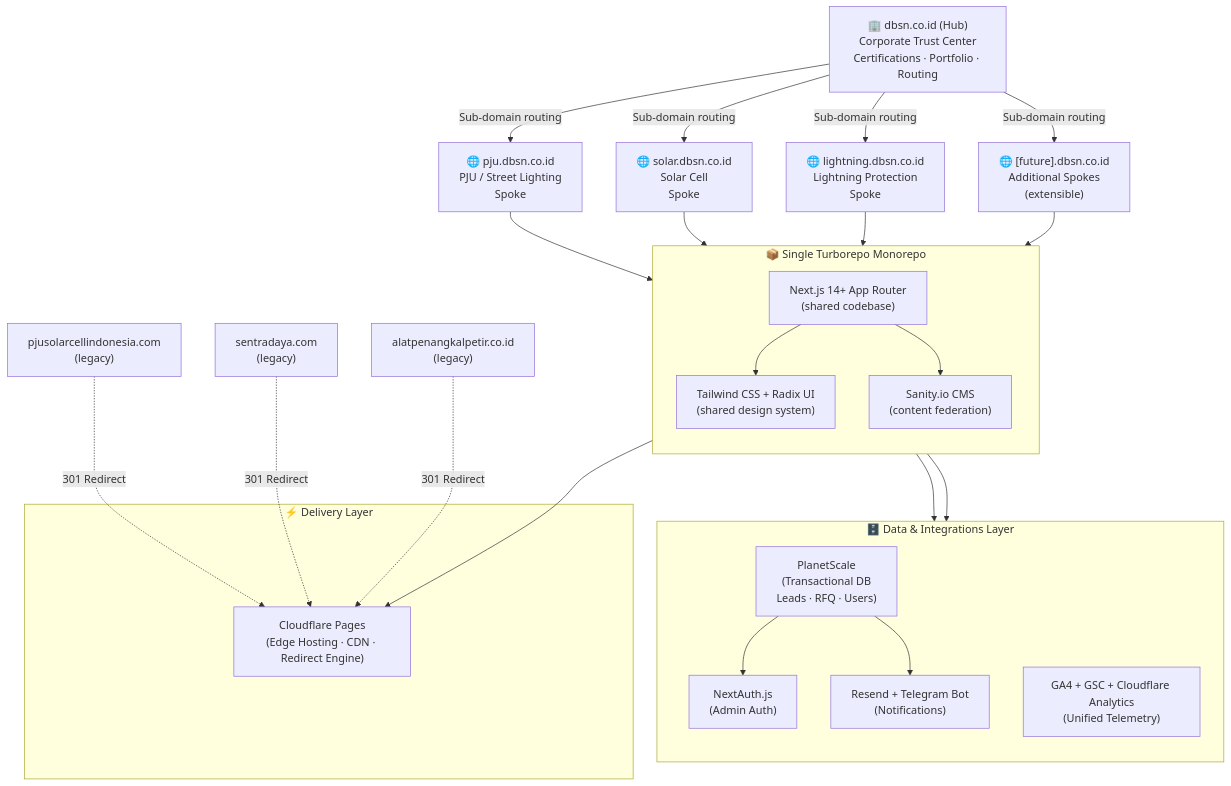
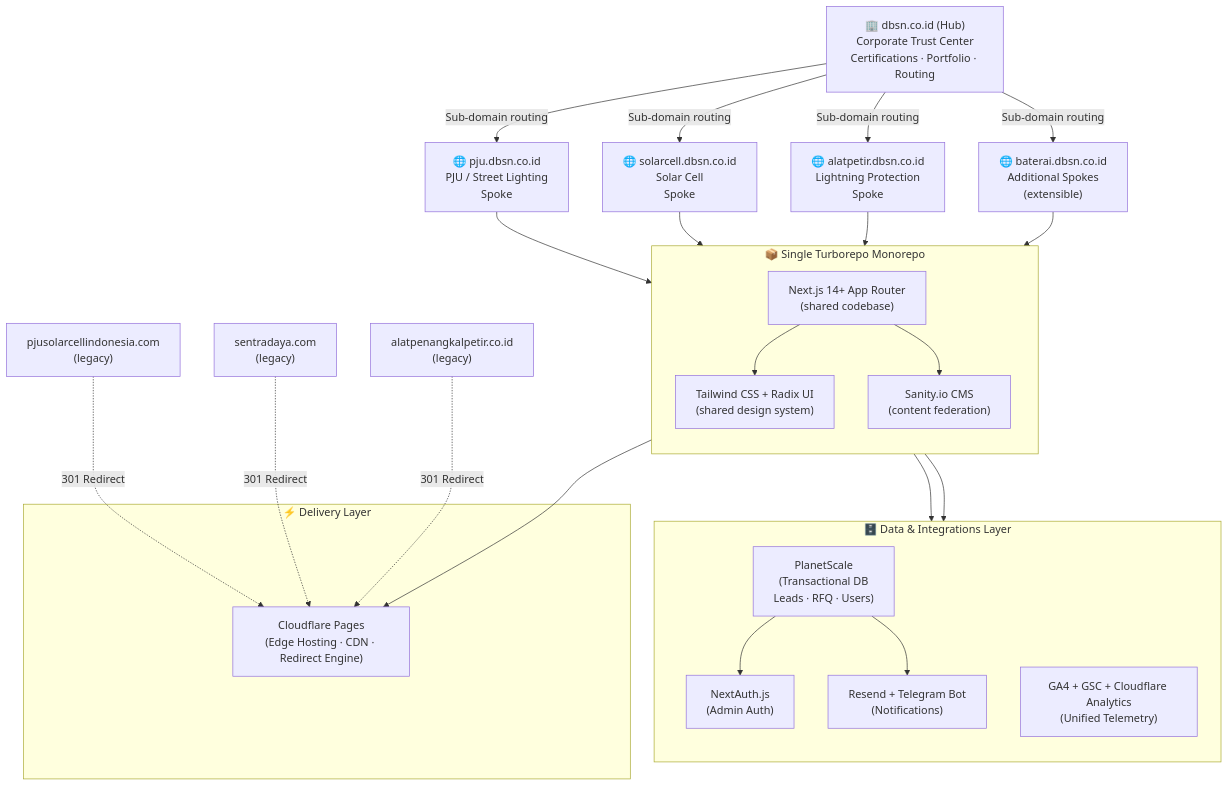
Before and after one commit to pampam666/awesome-website-test: the first of 4 diagrams in prd-v2.md, drawn with Mermaid. The commit also changed other lines of this file, not shown here.

Commit message:
Update PRD title from "Unified Digital Ecosystem" to "Centralized Digital Ecosystem"

````diff
--- a/prd-v2.md
+++ b/prd-v2.md
@@ -79,41 +79,41 @@
 ```mermaid
 graph TD
     Root["🏢 dbsn.co.id (Hub)\nCorporate Trust Center\nCertifications · Portfolio · Routing"]
 
     Root -->|"Sub-domain routing"| S1["🌐 pju.dbsn.co.id\nPJU / Street Lighting\nSpoke"]
-    Root -->|"Sub-domain routing"| S2["🌐 solar.dbsn.co.id\nSolar Cell\nSpoke"]
-    Root -->|"Sub-domain routing"| S3["🌐 lightning.dbsn.co.id\nLightning Protection\nSpoke"]
-    Root -->|"Sub-domain routing"| SN["🌐 [future].dbsn.co.id\nAdditional Spokes\n(extensible)"]
+    Root -->|"Sub-domain routing"| S2["🌐 solarcell.dbsn.co.id\nSolar Cell\nSpoke"]
+    Root -->|"Sub-domain routing"| S3["🌐 alatpetir.dbsn.co.id\nLightning Protection\nSpoke"]
+    Root -->|"Sub-domain routing"| SN["🌐 baterai.dbsn.co.id\nAdditional Spokes\n(extensible)"]
 
     subgraph Monorepo ["📦 Single Turborepo Monorepo"]
         direction TB
         NextJS["Next.js 14+ App Router\n(shared codebase)"]
         DesignSystem["Tailwind CSS + Radix UI\n(shared design system)"]
         SanityFed["Sanity.io CMS\n(content federation)"]
     end
 
     subgraph DataLayer ["🗄️ Data & Integrations Layer"]
         direction TB
         PS["PlanetScale\n(Transactional DB\nLeads · RFQ · Users)"]
         Auth["NextAuth.js\n(Admin Auth)"]
         Notif["Resend + Telegram Bot\n(Notifications)"]
         GA["GA4 + GSC + Cloudflare Analytics\n(Unified Telemetry)"]
     end
 
     subgraph EdgeLayer ["⚡ Delivery Layer"]
         CF["Cloudflare Pages\n(Edge Hosting · CDN · Redirect Engine)"]
     end
 
     S1 & S2 & S3 & SN --> NextJS
     NextJS --> DesignSystem
     NextJS --> SanityFed
     NextJS --> PS
     PS --> Auth
     PS --> Notif
     NextJS --> GA
     NextJS --> CF
 
     Legacy1["pjusolarcellindonesia.com\n(legacy)"] -.->|"301 Redirect"| CF
     Legacy2["sentradaya.com\n(legacy)"] -.->|"301 Redirect"| CF
     Legacy3["alatpenangkalpetir.co.id\n(legacy)"] -.->|"301 Redirect"| CF
 ```
````
